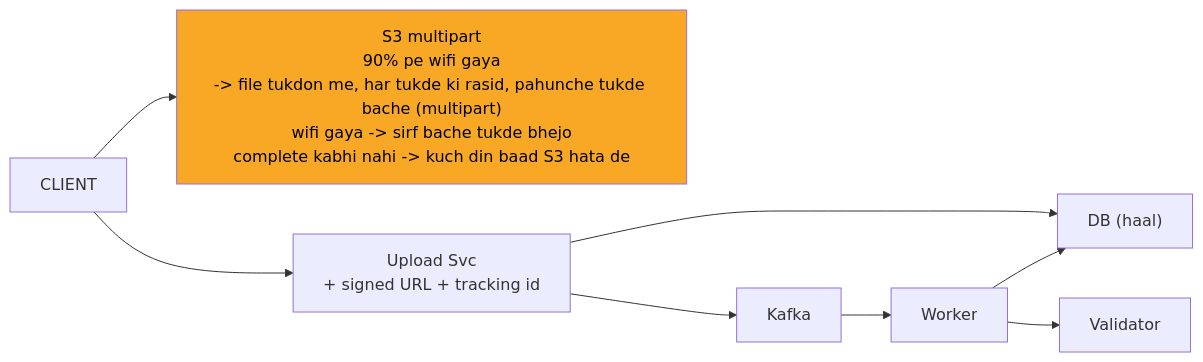
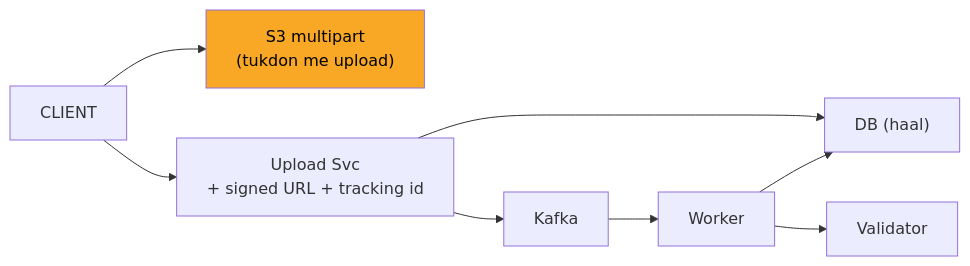
The diagram in 04_HLD/SYSTEM_DESIGNS/07_file_upload_validate_system/img/c3.mmd (ArpanMaheshwari144/Prep), drawn with Mermaid before and after one commit. The commit also changed 156 other files, not shown here.

```diff
--- a/04_HLD/SYSTEM_DESIGNS/07_file_upload_validate_system/img/c3.mmd
+++ b/04_HLD/SYSTEM_DESIGNS/07_file_upload_validate_system/img/c3.mmd
@@ -1,17 +1,17 @@
 %%{init: {"flowchart": {"wrappingWidth": 450}}}%%
 flowchart LR
     n_CLIENT["CLIENT"]
-    n_S3["S3 multipart<br/>90% pe wifi gaya<br/>-> file tukdon me, har tukde ki rasid, pahunche tukde bache (multipart)<br/>wifi gaya -> sirf bache tukde bhejo<br/>complete kabhi nahi -> kuch din baad S3 hata de"]
+    n_S3["S3 multipart<br/>(tukdon me upload)"]
     n_Upload_Svc["Upload Svc<br/>+ signed URL + tracking id"]
     n_DB["DB (haal)"]
     n_Kafka["Kafka"]
     n_Worker["Worker"]
     n_Validator["Validator"]
     n_CLIENT --> n_S3
     n_CLIENT --> n_Upload_Svc
     n_Upload_Svc --> n_DB
     n_Upload_Svc --> n_Kafka
     n_Kafka --> n_Worker
     n_Worker --> n_Validator
     n_Worker --> n_DB
     style n_S3 fill:#f9a825,color:#000
```
